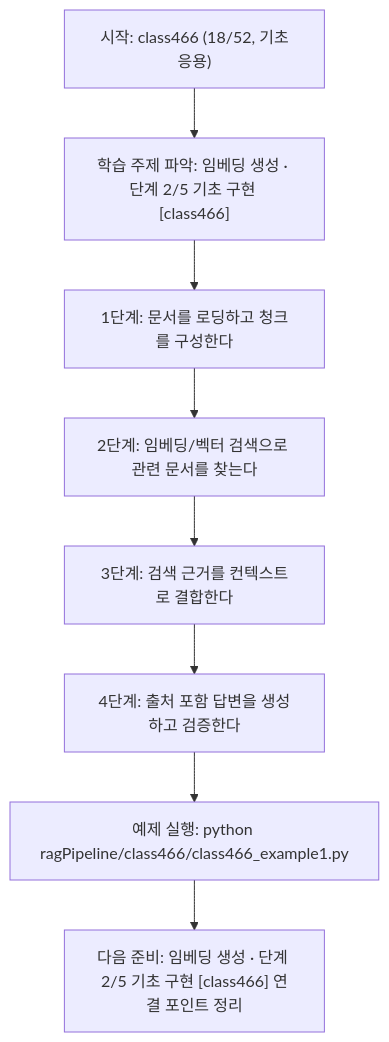
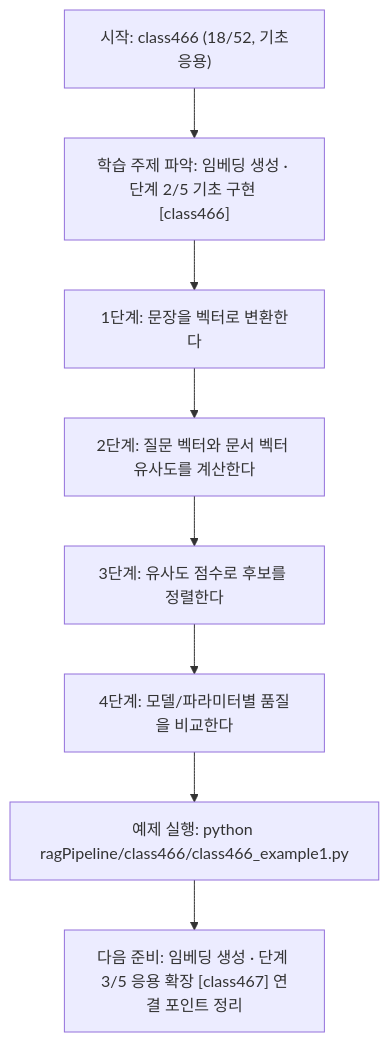
One commit to edumgt/Python-AI_Agent-Class changed the diagram in ragPipeline/class466/class466.md. Above: the diagram before and after it, drawn with Mermaid. The commit also changed other lines of this file and 367 other files, not shown here.

````diff
--- a/ragPipeline/class466/class466.md
+++ b/ragPipeline/class466/class466.md
@@ -110,18 +92,18 @@
 ```mermaid
 flowchart TD
 N1["시작: class466 (18/52, 기초응용)"]
 N2["학습 주제 파악: 임베딩 생성 · 단계 2/5 기초 구현 [class466]"]
-N3["1단계: 문서를 로딩하고 청크를 구성한다"]
-N4["2단계: 임베딩/벡터 검색으로 관련 문서를 찾는다"]
-N5["3단계: 검색 근거를 컨텍스트로 결합한다"]
-N6["4단계: 출처 포함 답변을 생성하고 검증한다"]
+N3["1단계: 문장을 벡터로 변환한다"]
+N4["2단계: 질문 벡터와 문서 벡터 유사도를 계산한다"]
+N5["3단계: 유사도 점수로 후보를 정렬한다"]
+N6["4단계: 모델/파라미터별 품질을 비교한다"]
 N7["예제 실행: python ragPipeline/class466/class466_example1.py"]
-N8["다음 준비: 임베딩 생성 · 단계 2/5 기초 구현 [class466] 연결 포인트 정리"]
+N8["다음 준비: 임베딩 생성 · 단계 3/5 응용 확장 [class467] 연결 포인트 정리"]
 N1 --> N2
 N2 --> N3
 N3 --> N4
 N4 --> N5
 N5 --> N6
 N6 --> N7
 N7 --> N8
 ```
````
